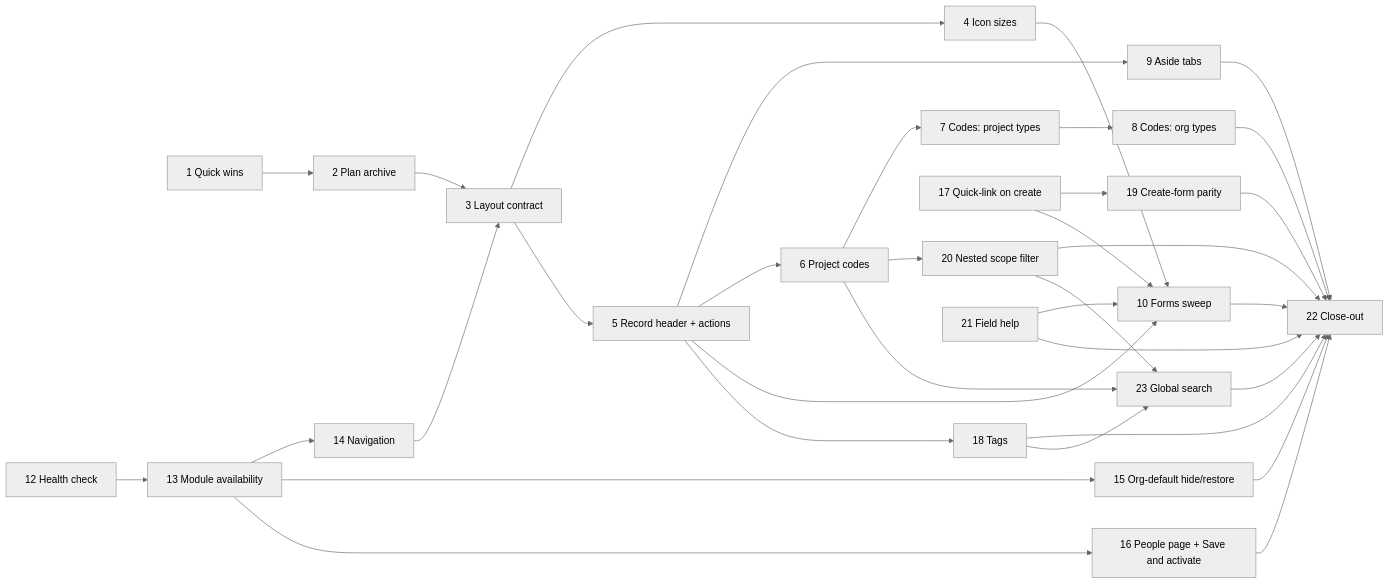
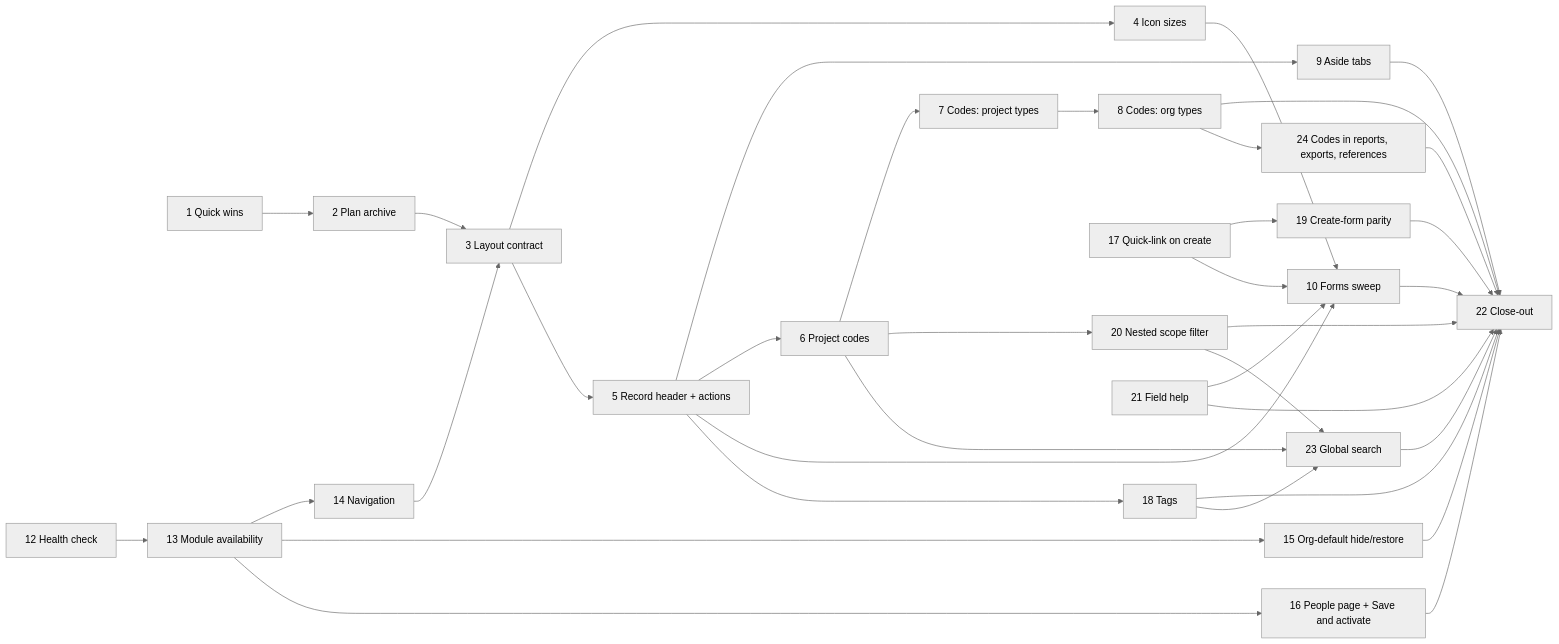
Before and after one commit to ballardr/reqtrackmanager: the first of 3 diagrams in docs/plans/platform-review-2026-10-plan.md, drawn with Mermaid (neutral theme). The commit also changed other lines of this file and 93 other files, not shown here.

````diff
--- a/docs/plans/platform-review-2026-10-plan.md
+++ b/docs/plans/platform-review-2026-10-plan.md
@@ -35,32 +36,34 @@
 ```mermaid
 flowchart LR
     P1["1 Quick wins"] --> P2["2 Plan archive"] --> P3["3 Layout contract"]
     P3 --> P4["4 Icon sizes"]
     P3 --> P5["5 Record header + actions"]
     P5 --> P9["9 Aside tabs"]
     P5 --> P6["6 Project codes"]
     P6 --> P7["7 Codes: project types"] --> P8["8 Codes: org types"]
     P4 --> P10["10 Forms sweep"]
     P5 --> P10
     P9 --> P22["22 Close-out"]
     P10 --> P22
     P8 --> P22
     P12["12 Health check"] --> P13["13 Module availability"] --> P14["14 Navigation"] --> P3
     P13 --> P15["15 Org-default hide/restore"]
     P13 --> P16["16 People page + Save and activate"]
     P5 --> P18["18 Tags"]
     P17["17 Quick-link on create"] --> P19["19 Create-form parity"]
     P6 --> P20["20 Nested scope filter"]
     P21["21 Field help"] --> P10
     P15 --> P22
     P16 --> P22
     P18 --> P22
     P19 --> P22
     P20 --> P22
     P21 --> P22
     P17 --> P10
     P6 --> P23["23 Global search"]
     P18 --> P23
     P20 --> P23
     P23 --> P22
+    P8 --> P24["24 Codes in reports, exports, references"]
+    P24 --> P22
 ```
````
